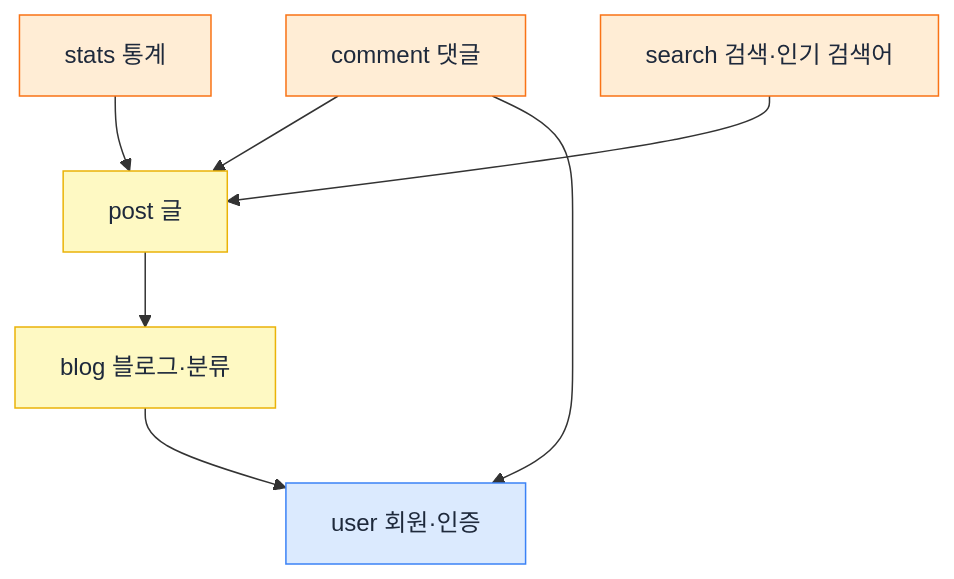
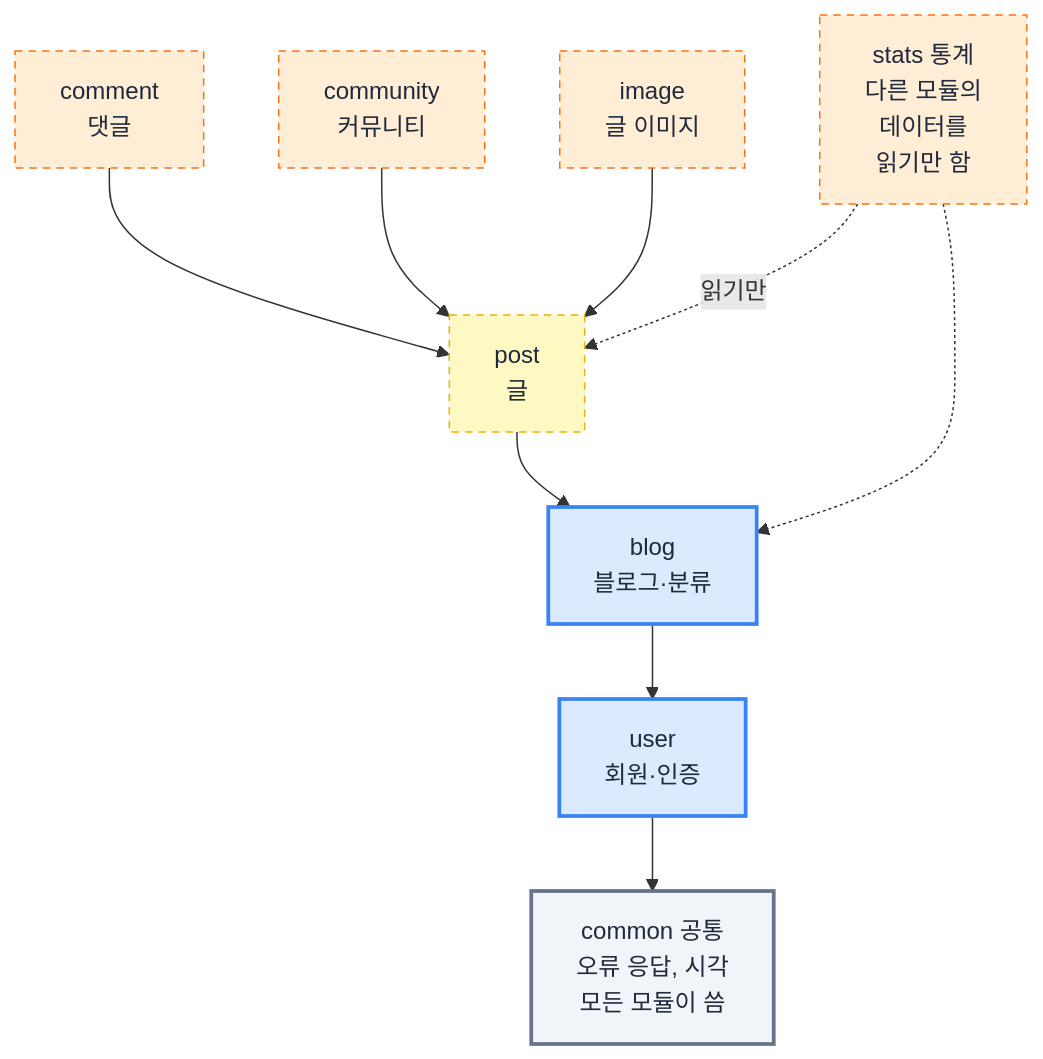
The diagram in docs/3-설계/그림/원본/03-모듈방향.mmd (home-blog/docs), drawn with Mermaid before and after one commit. The commit also changed 17 other files, not shown here.

```diff
--- a/docs/3-설계/그림/원본/03-모듈방향.mmd
+++ b/docs/3-설계/그림/원본/03-모듈방향.mmd
@@ -1,13 +1,17 @@
 flowchart TB
-  comment["comment 댓글"] --> post["post 글"]
-  stats["stats 통계"] --> post
-  search["search 검색·인기 검색어"] --> post
-  post --> blog["blog 블로그·분류"]
-  blog --> user["user 회원·인증"]
-  comment --> user
-  classDef top fill:#ffedd5,stroke:#f97316,color:#1e293b
-  classDef mid fill:#fef9c3,stroke:#eab308,color:#1e293b
-  classDef base fill:#dbeafe,stroke:#3b82f6,color:#1e293b
-  class comment,stats,search top
-  class post,blog mid
-  class user base
+  comment["comment<br/>댓글"] --> post
+  community["community<br/>커뮤니티"] --> post
+  image["image<br/>글 이미지"] --> post
+  post["post<br/>글"] --> blog["blog<br/>블로그·분류"]
+  blog --> user["user<br/>회원·인증"]
+  user --> common["common 공통<br/>오류 응답, 시각<br/>모든 모듈이 씀"]
+  stats["stats 통계<br/>다른 모듈의<br/>데이터를<br/>읽기만 함"] -. 읽기만 .-> post
+  stats -.-> blog
+  classDef top fill:#ffedd5,stroke:#f97316,color:#1e293b,stroke-dasharray: 5 4
+  classDef mid fill:#fef9c3,stroke:#eab308,color:#1e293b,stroke-dasharray: 5 4
+  classDef done fill:#dbeafe,stroke:#3b82f6,color:#1e293b,stroke-width:2.5px
+  classDef base fill:#f1f5f9,stroke:#64748b,color:#1e293b,stroke-width:2.5px
+  class comment,community,image,stats top
+  class post mid
+  class blog,user done
+  class common base
```
